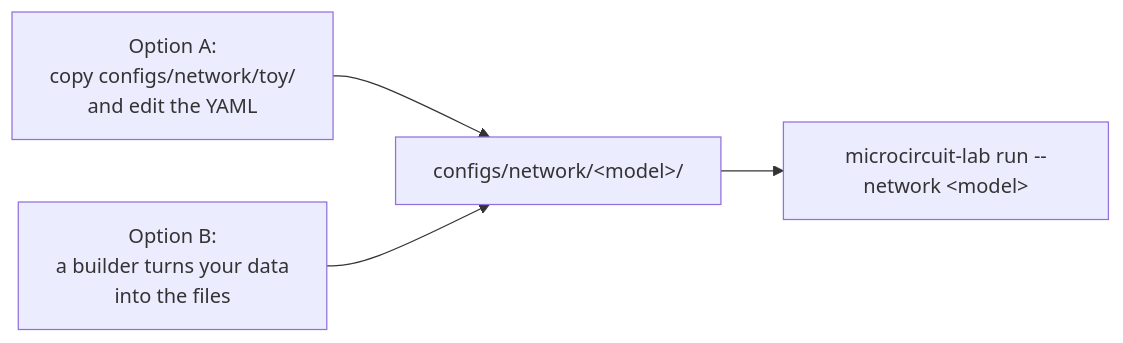
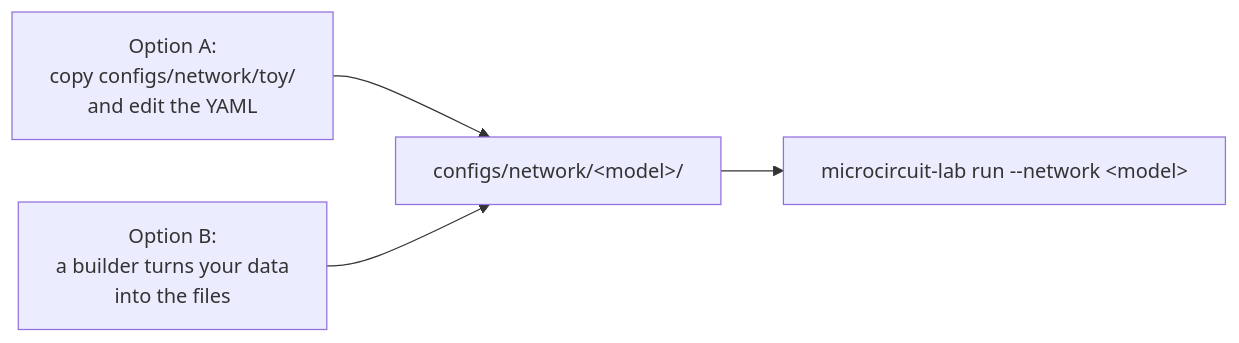
One commit to shimoura/microcircuit-lab changed the second of 2 diagrams in microcircuit_lab/README.md. Above: the diagram before and after it, drawn with Mermaid. The commit also changed other lines of this file and 7 other files, not shown here.

````diff
--- a/microcircuit_lab/README.md
+++ b/microcircuit_lab/README.md
@@ -298,6 +231,7 @@
 ```mermaid
+%%{init: {"flowchart": {"wrappingWidth": 400}}}%%
 flowchart LR
   A["Option A:<br/>copy configs/network/toy/<br/>and edit the YAML"] --> F["configs/network/&lt;model&gt;/"]
   B["Option B:<br/>a builder turns your data<br/>into the files"] --> F
   F --> R["microcircuit-lab run --network &lt;model&gt;"]
 ```
````
